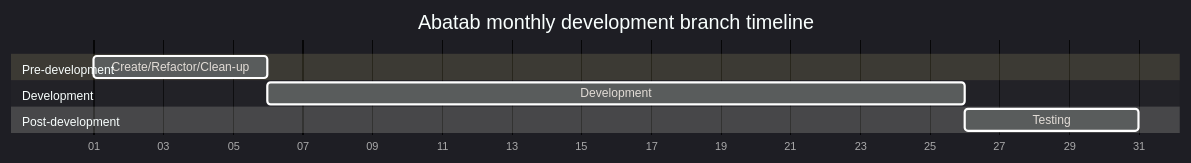
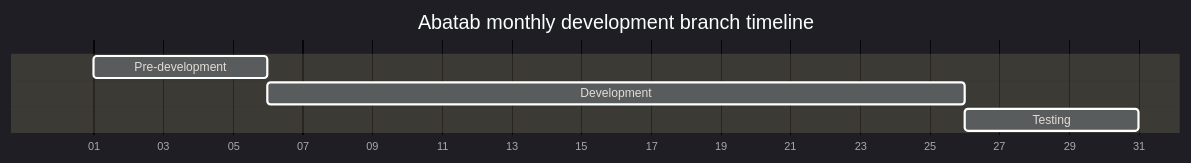
The first of 3 diagrams in README_development.md (spectrum-health-systems/Abatab), drawn with Mermaid before and after one commit. The commit also changed other lines of this file, not shown here.

````diff
--- a/README_development.md
+++ b/README_development.md
@@ -79,13 +79,10 @@
 ```mermaid
 %%{init: {'theme':'dark'}}%%
 gantt
   title Abatab monthly development branch timeline
   dateFormat X
   axisFormat %d
-  section Pre-development
-  Create/Refactor/Clean-up  : 0, 5d
-  section Development
-  Development   : 20d
-  section Post-development
-  Testing   : 5d
+  Pre-development : 0, 5d
+  Development : 20d
+  Testing : 5d
 ```
````
